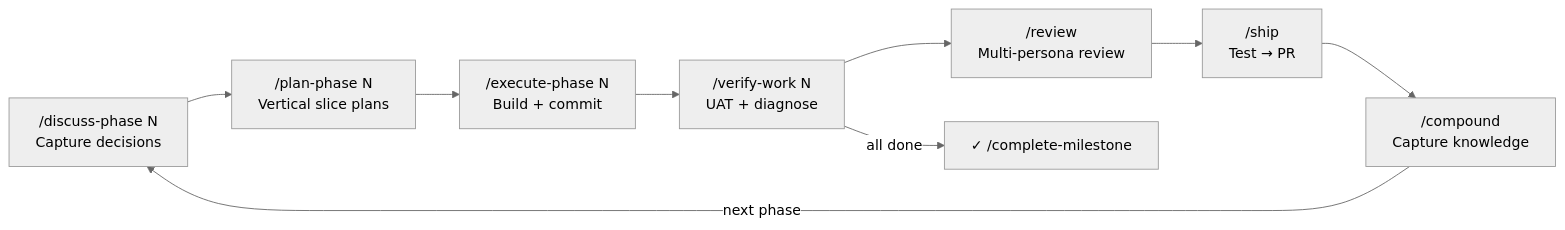
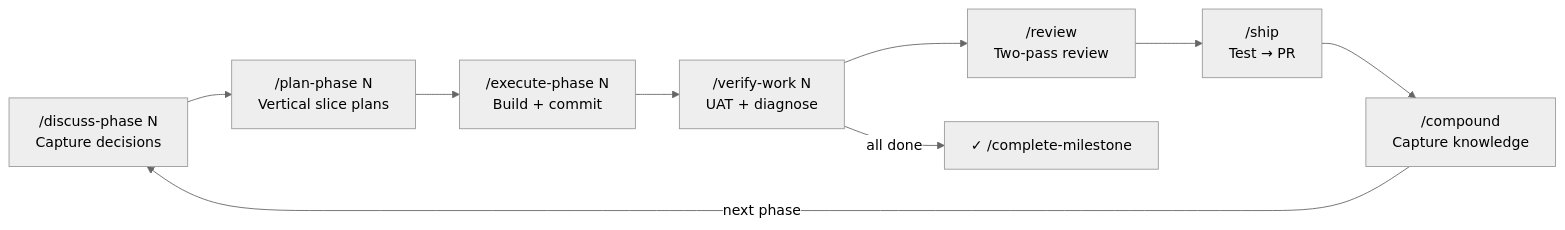
Before and after one commit to FavioVazquez/learnship: the first of 2 diagrams in README.md, drawn with Mermaid (neutral theme). The commit also changed other lines of this file and 126 other files, not shown here.

First line of the commit message:
feat(v2.4.0): Quick Setup, two-pass review, OWASP, health score, Playwright MCP, parallel-on-by-default

````diff
--- a/README.md
+++ b/README.md
@@ -121,15 +121,15 @@
 ```mermaid
 flowchart LR
     DP["/discuss-phase N<br/>Capture decisions"]
     PP["/plan-phase N<br/>Vertical slice plans"]
     EP["/execute-phase N<br/>Build + commit"]
     VW["/verify-work N<br/>UAT + diagnose"]
-    RV["/review<br/>Multi-persona review"]
+    RV["/review<br/>Two-pass review"]
     SH["/ship<br/>Test → PR"]
     CP["/compound<br/>Capture knowledge"]
 
     DP --> PP --> EP --> VW
     VW --> RV --> SH --> CP
     CP -->|"next phase"| DP
     VW -->|"all done"| DONE["✓ /complete-milestone"]
 ```
````
